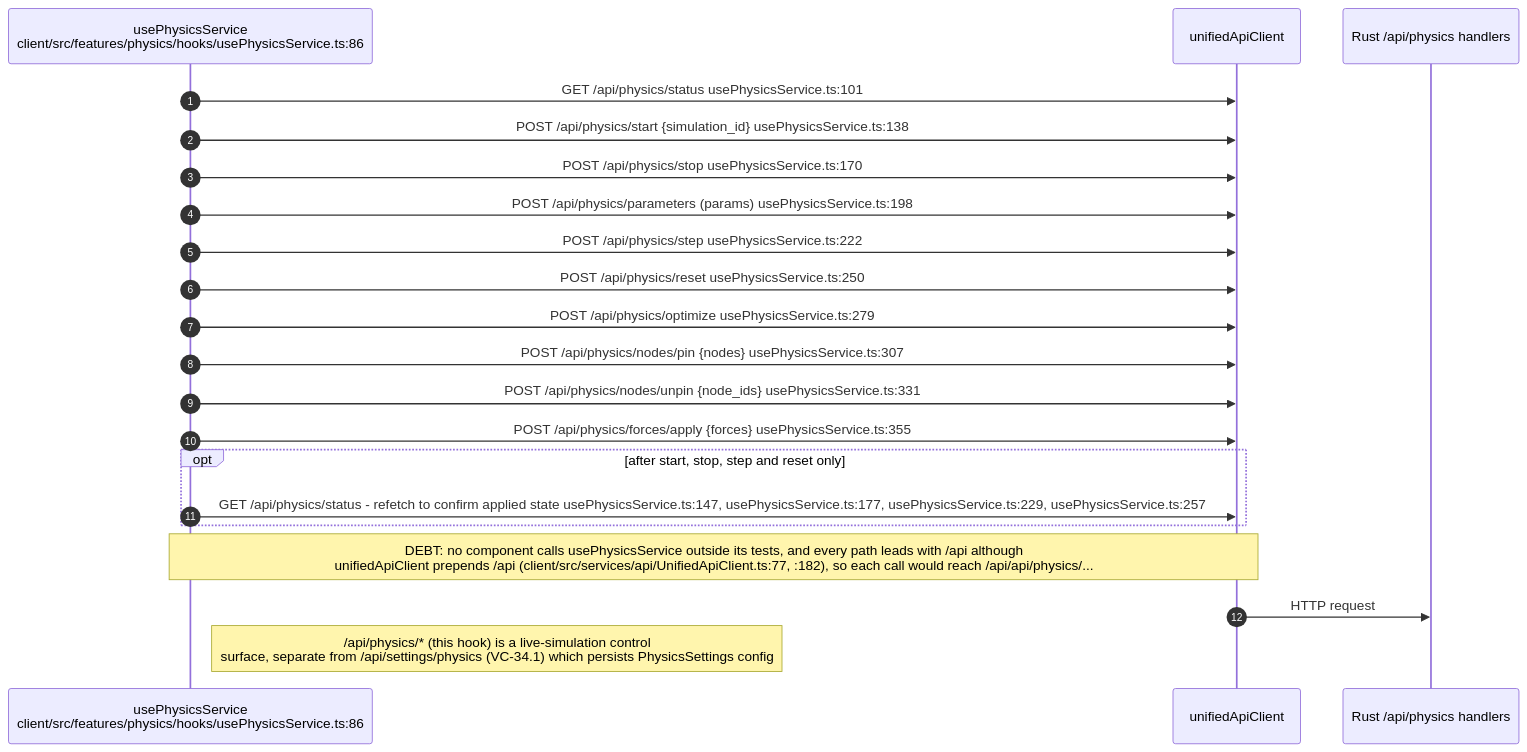
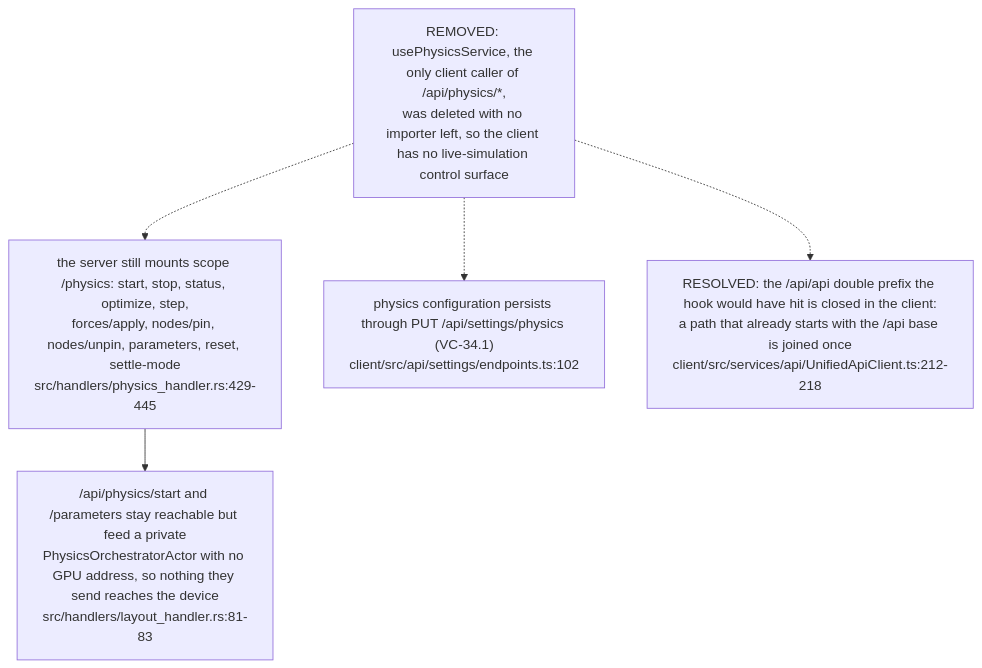
One commit to DreamLab-AI/VisionFlow changed diagram 13 of 20 in docs/diagrams/visionclaw/34-client-features.md. Above: the diagram before and after it, drawn with Mermaid. The commit also changed other lines of this file and 7 other files, not shown here.

First line of the commit message:
diagrams(visionclaw): re-verify VC-34 to VC-40 and VC-42 at visionclaw 4900ec6, agentbox 59b1aca

````diff
--- a/docs/diagrams/visionclaw/34-client-features.md
+++ b/docs/diagrams/visionclaw/34-client-features.md
@@ -526,24 +528,12 @@
 ```mermaid
-sequenceDiagram
-    autonumber
-    participant Hook as usePhysicsService<br/>client/src/features/physics/hooks/usePhysicsService.ts:86
-    participant UAC as unifiedApiClient
-    participant SRV as Rust /api/physics handlers
-
-    Hook->>UAC: GET /api/physics/status usePhysicsService.ts:101
-    Hook->>UAC: POST /api/physics/start {simulation_id} usePhysicsService.ts:138
-    Hook->>UAC: POST /api/physics/stop usePhysicsService.ts:170
-    Hook->>UAC: POST /api/physics/parameters (params) usePhysicsService.ts:198
-    Hook->>UAC: POST /api/physics/step usePhysicsService.ts:222
-    Hook->>UAC: POST /api/physics/reset usePhysicsService.ts:250
-    Hook->>UAC: POST /api/physics/optimize usePhysicsService.ts:279
-    Hook->>UAC: POST /api/physics/nodes/pin {nodes} usePhysicsService.ts:307
-    Hook->>UAC: POST /api/physics/nodes/unpin {node_ids} usePhysicsService.ts:331
-    Hook->>UAC: POST /api/physics/forces/apply {forces} usePhysicsService.ts:355
-    opt after start, stop, step and reset only
-        Hook->>UAC: GET /api/physics/status - refetch to confirm applied state usePhysicsService.ts:147, usePhysicsService.ts:177, usePhysicsService.ts:229, usePhysicsService.ts:257
-    end
-    Note over Hook,UAC: DEBT: no component calls usePhysicsService outside its tests, and every path leads with /api although<br/>unifiedApiClient prepends /api (client/src/services/api/UnifiedApiClient.ts:77, :182), so each call would reach /api/api/physics/...
-    UAC->>SRV: HTTP request
-    Note right of Hook: /api/physics/* (this hook) is a live-simulation control<br/>surface, separate from /api/settings/physics (VC-34.1) which persists PhysicsSettings config
+flowchart TB
+    GONE["REMOVED: usePhysicsService, the only client caller of /api/physics/*,<br/>was deleted with no importer left, so the client has no live-simulation control surface"]
+    SRV["the server still mounts scope /physics: start, stop, status, optimize, step,<br/>forces/apply, nodes/pin, nodes/unpin, parameters, reset, settle-mode<br/>src/handlers/physics_handler.rs:429-445"]
+    ADP["/api/physics/start and /parameters stay reachable but feed a private<br/>PhysicsOrchestratorActor with no GPU address, so nothing they send reaches the device<br/>src/handlers/layout_handler.rs:81-83"]
+    CFG["physics configuration persists through PUT /api/settings/physics (VC-34.1)<br/>client/src/api/settings/endpoints.ts:102"]
+    UAC["RESOLVED: the /api/api double prefix the hook would have hit is closed in the client:<br/>a path that already starts with the /api base is joined once<br/>client/src/services/api/UnifiedApiClient.ts:212-218"]
+    GONE -.-> SRV
+    SRV --> ADP
+    GONE -.-> CFG
+    GONE -.-> UAC
 ```
````
